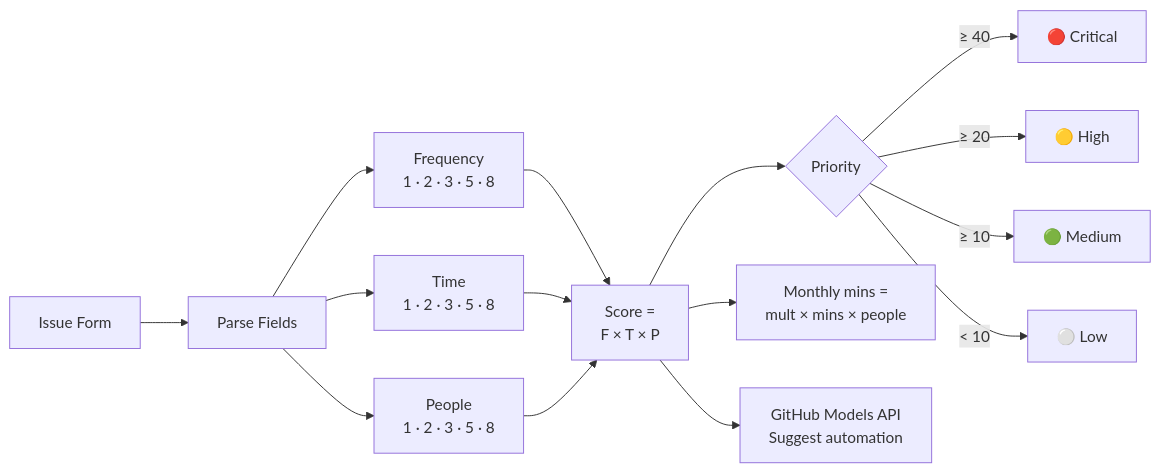
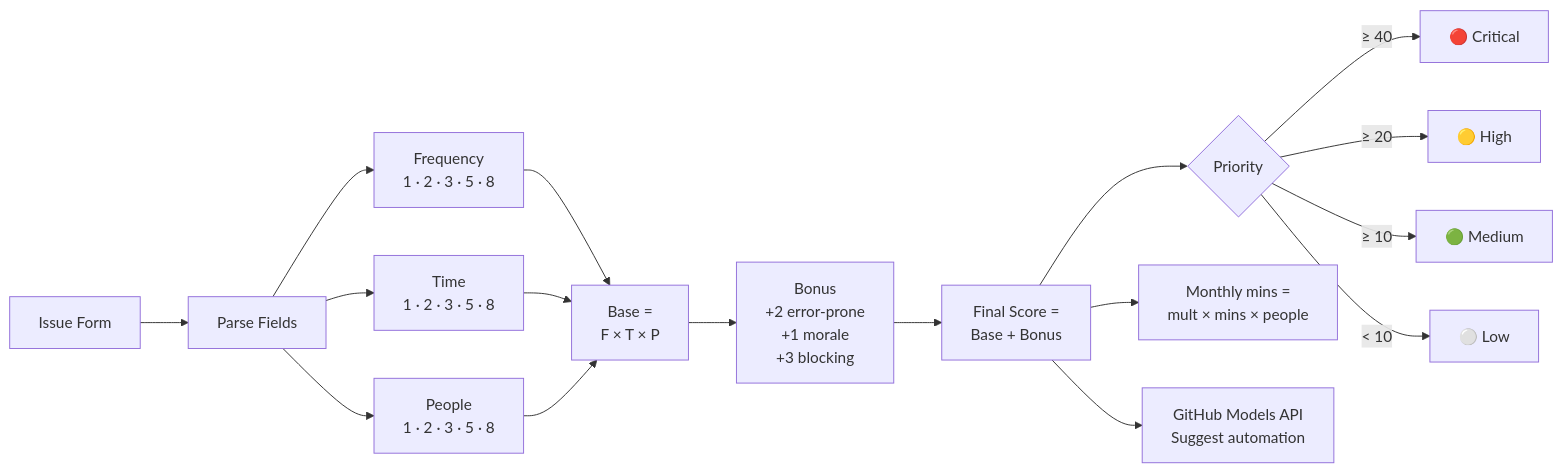
The third of 6 diagrams in docs/architecture.md (DUBSOpenHub/ai-toil-tracker), drawn with Mermaid before and after one commit. The commit also changed 4 other files, not shown here.

````diff
--- a/docs/architecture.md
+++ b/docs/architecture.md
@@ -81,15 +81,17 @@
 ```mermaid
 flowchart LR
     FORM["Issue Form"] --> PARSE["Parse Fields"]
     PARSE --> FREQ["Frequency\n1 · 2 · 3 · 5 · 8"]
     PARSE --> TIME["Time\n1 · 2 · 3 · 5 · 8"]
     PARSE --> PPL["People\n1 · 2 · 3 · 5 · 8"]
-    FREQ & TIME & PPL --> CALC["Score =\nF × T × P"]
-    CALC --> PRI{"Priority"}
+    FREQ & TIME & PPL --> CALC["Base =\nF × T × P"]
+    CALC --> BONUS["Bonus\n+2 error-prone\n+1 morale\n+3 blocking"]
+    BONUS --> FINAL["Final Score =\nBase + Bonus"]
+    FINAL --> PRI{"Priority"}
     PRI -- "≥ 40" --> CRIT["🔴 Critical"]
     PRI -- "≥ 20" --> HIGH["🟡 High"]
     PRI -- "≥ 10" --> MED["🟢 Medium"]
     PRI -- "< 10" --> LOW["⚪ Low"]
-    CALC --> EST["Monthly mins =\nmult × mins × people"]
-    CALC --> AI["GitHub Models API\nSuggest automation"]
+    FINAL --> EST["Monthly mins =\nmult × mins × people"]
+    FINAL --> AI["GitHub Models API\nSuggest automation"]
 ```
````
